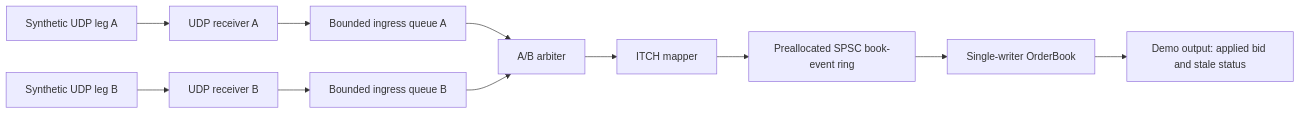
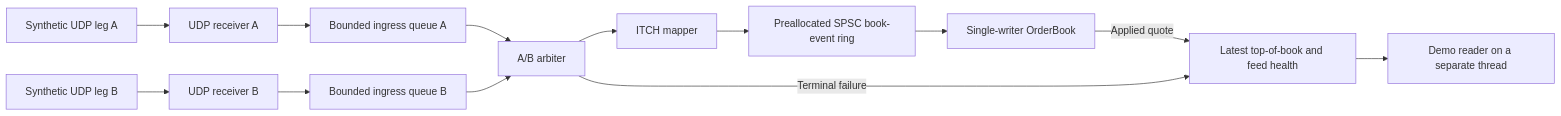
Before and after one commit to alchevrier/java-feed-handler: the diagram in app/README.md, drawn with Mermaid. The commit also changed other lines of this file and 11 other files, not shown here.

Commit message:
Publish strategy-facing top-of-book snapshots

````diff
--- a/app/README.md
+++ b/app/README.md
@@ -12,13 +12,15 @@
 ```mermaid
 flowchart LR
     A["Synthetic UDP leg A"] --> RXA["UDP receiver A"]
     B["Synthetic UDP leg B"] --> RXB["UDP receiver B"]
     RXA --> QA["Bounded ingress queue A"]
     RXB --> QB["Bounded ingress queue B"]
     QA --> Arbiter["A/B arbiter"]
     QB --> Arbiter
     Arbiter --> Mapper["ITCH mapper"]
     Mapper --> Events["Preallocated SPSC book-event ring"]
     Events --> Book["Single-writer OrderBook"]
-    Book --> Output["Demo output: applied bid and stale status"]
+    Book -->|Applied quote| Snapshot["Latest top-of-book and feed health"]
+    Arbiter -->|Terminal failure| Snapshot
+    Snapshot --> Output["Demo reader on a separate thread"]
 ```
````
